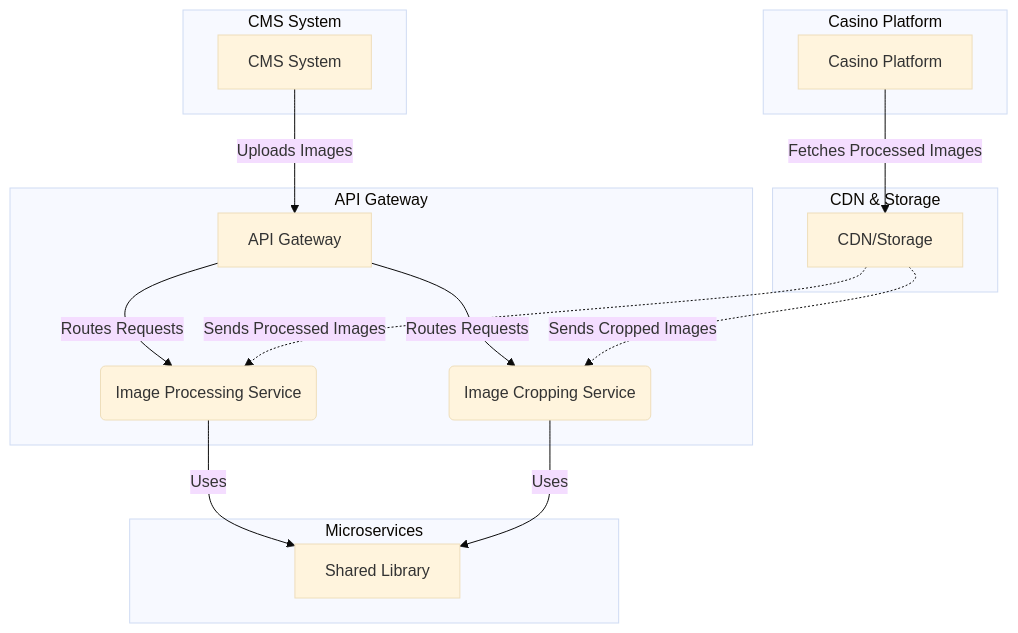
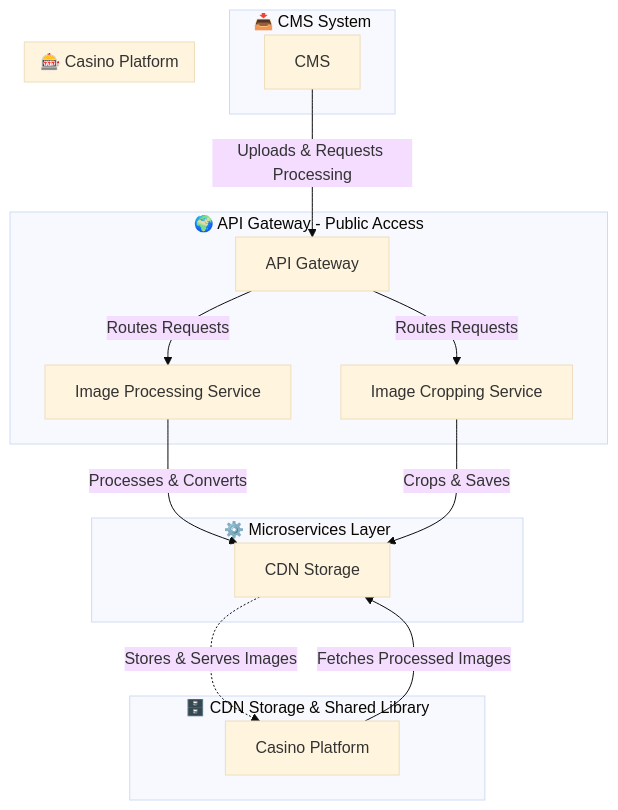
The diagram in ArchitectureDiagram.md (evilboss/PixForge), drawn with Mermaid (base theme) before and after one commit.

Commit message:
clean chart

````diff
--- a/ArchitectureDiagram.md
+++ b/ArchitectureDiagram.md
@@ -3,25 +3,24 @@
 ```mermaid
 flowchart TD
-    subgraph API Gateway
+    subgraph API Gateway [🌍 API Gateway - Public Access]
         A[API Gateway] -->|Routes Requests| B(Image Processing Service)
         A -->|Routes Requests| C(Image Cropping Service)
     end
 
-    subgraph Microservices
-        B -->|Uses| D[Shared Library]
-        C -->|Uses| D[Shared Library]
+    subgraph Microservices [⚙️ Microservices Layer]
+        B[Image Processing Service] -->|Processes & Converts| D[CDN Storage]
+        C[Image Cropping Service] -->|Crops & Saves| D[CDN Storage]
     end
 
-    subgraph CDN & Storage
-        E[CDN/Storage] -.->|Sends Processed Images| B
-        E -.->|Sends Cropped Images| C
+    subgraph CDN & Storage [🗄️ CDN Storage & Shared Library]
+        D[CDN Storage] -.->|Stores & Serves Images| H[Casino Platform]
     end
 
-    subgraph Casino Platform
-        G[Casino Platform] -->|Fetches Processed Images| E
+    subgraph CMS System [📥 CMS System]
+        F[CMS] -->|Uploads & Requests Processing| A
     end
 
-    subgraph CMS System
-        F[CMS System] -->|Uploads Images| A
+    subgraph Casino Platform [🎰 Casino Platform]
+        H[Casino Platform] -->|Fetches Processed Images| D
     end
 ```
````
